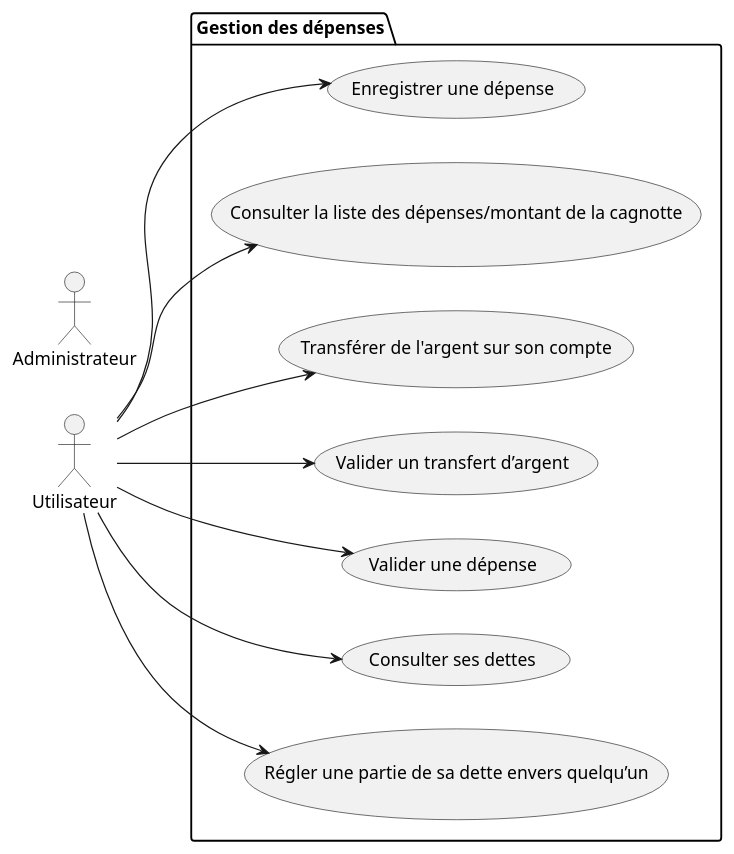
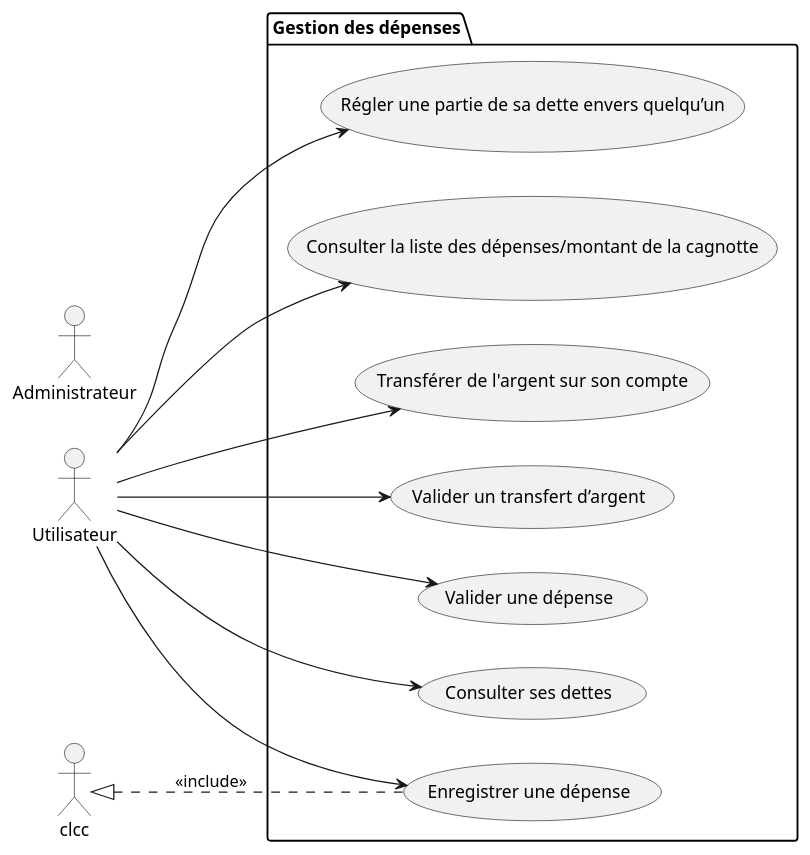
The diagram in diagrammes/specification/cas-utilisation/package-gestiondesdepenses.puml (lmtb06/sharecount), drawn with PlantUML before and after one commit. The commit also changed 6 other files, not shown here.

Commit message:
Diagrammes de séquence de Nicolas

```diff
--- a/diagrammes/specification/cas-utilisation/package-gestiondesdepenses.puml
+++ b/diagrammes/specification/cas-utilisation/package-gestiondesdepenses.puml
@@ -1,26 +1,28 @@
 @startuml Cas utilisation - Gestion des dépenses
 left to right direction
 
 actor "Utilisateur" as User
 
 actor "Administrateur" as Admin
 
 package "Gestion des dépenses"{
         usecase "Enregistrer une dépense" as eud
         usecase "Consulter la liste des dépenses/montant de la cagnotte" as cllddmdlc
         usecase "Transférer de l'argent sur son compte" as tdassc
         usecase "Valider un transfert d’argent" as vuta
         usecase "Valider une dépense" as vud
         usecase "Consulter ses dettes" as csd
         usecase "Régler une partie de sa dette envers quelqu’un" as rpd
 }
 
 User --> eud
 User --> cllddmdlc
 User --> tdassc
 User --> vuta
 User --> vud
 User --> csd
 User --> rpd
 
+clcc <|.. eud : <<include>>
+
 @enduml
```
